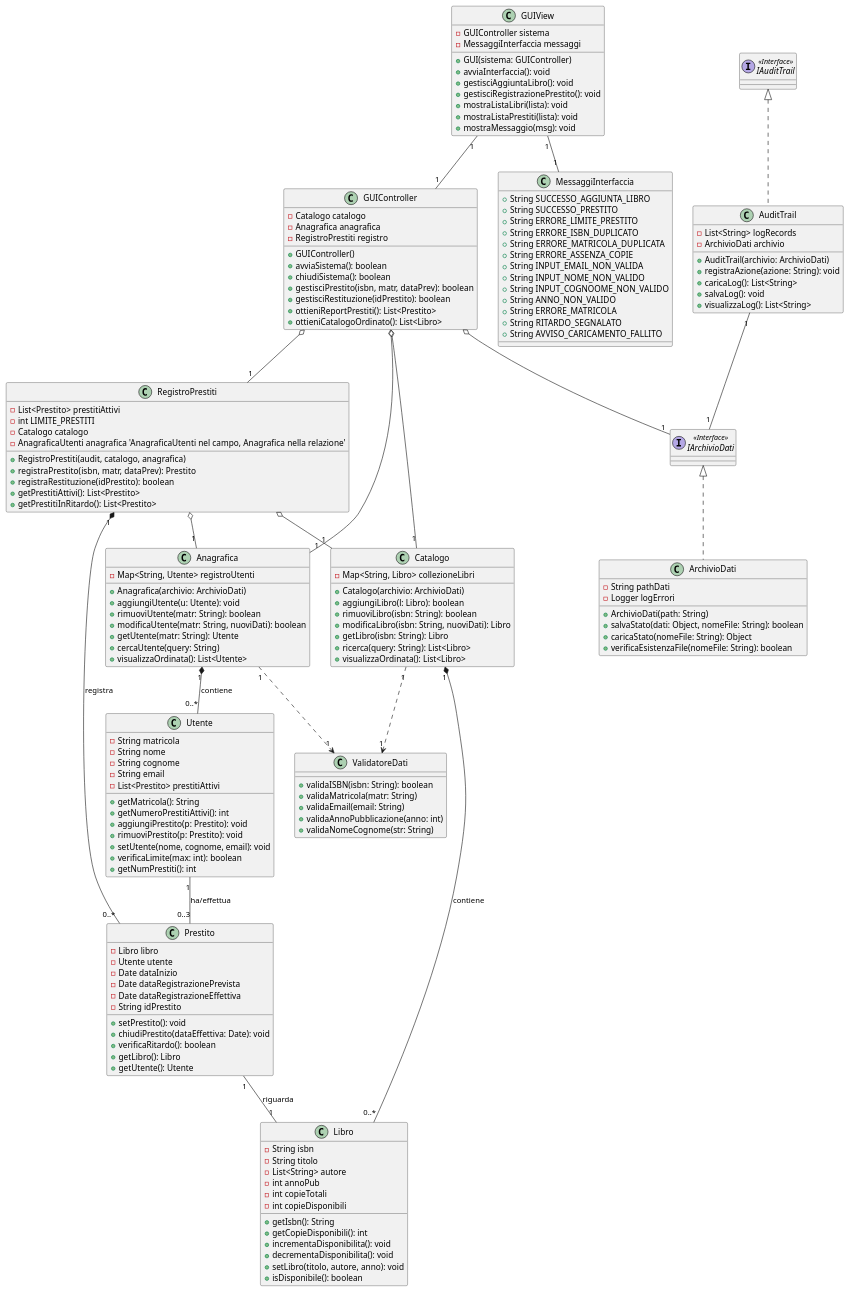
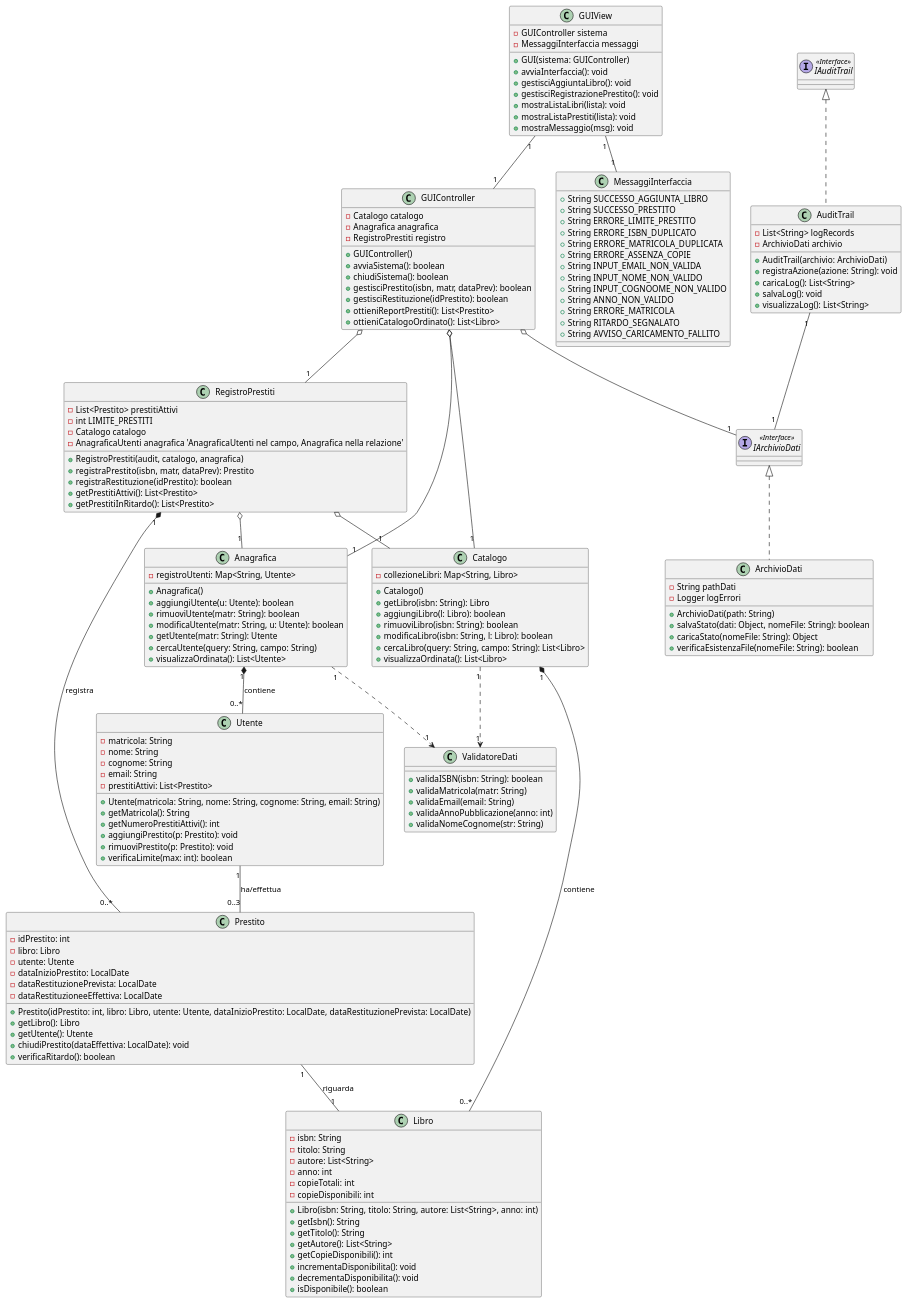
Before and after one commit to c-dilieto4/Progetto-Biblioteca: the diagram in Biblioteca/src/main/UML Class Diagram/Class Diagram.puml, drawn with PlantUML.

Commit message:
Uml updated

```diff
--- a/Biblioteca/src/main/UML Class Diagram/Class Diagram.puml
+++ b/Biblioteca/src/main/UML Class Diagram/Class Diagram.puml
@@ -1,188 +1,189 @@
 @startuml
 ' Definizioni delle Classi
 class Libro {
-  -String isbn
-  -String titolo
-  -List<String> autore
-  -int annoPub
-  -int copieTotali
-  -int copieDisponibili
+  -isbn: String 
+  -titolo: String 
+  -autore: List<String> 
+  -anno: int 
+  -copieTotali: int 
+  -copieDisponibili: int 
+  +Libro(isbn: String, titolo: String, autore: List<String>, anno: int)
   +getIsbn(): String
+  +getTitolo(): String
+  +getAutore(): List<String>
   +getCopieDisponibili(): int
   +incrementaDisponibilita(): void
   +decrementaDisponibilita(): void
-  +setLibro(titolo, autore, anno): void
   +isDisponibile(): boolean
 }
 
 class Utente {
-  -String matricola
-  -String nome
-  -String cognome
-  -String email
-  -List<Prestito> prestitiAttivi
+  -matricola: String 
+  -nome: String 
+  -cognome: String 
+  -email: String 
+  -prestitiAttivi: List<Prestito> 
+  +Utente(matricola: String, nome: String, cognome: String, email: String)
   +getMatricola(): String
   +getNumeroPrestitiAttivi(): int
   +aggiungiPrestito(p: Prestito): void
   +rimuoviPrestito(p: Prestito): void
-  +setUtente(nome, cognome, email): void
   +verificaLimite(max: int): boolean
-  +getNumPrestiti(): int
 }
 
 class Prestito {
-  -Libro libro
-  -Utente utente
-  -Date dataInizio
-  -Date dataRegistrazionePrevista
-  -Date dataRegistrazioneEffettiva
-  -String idPrestito
-  +setPrestito(): void
-  +chiudiPrestito(dataEffettiva: Date): void
-  +verificaRitardo(): boolean
+  -idPrestito: int
+  -libro: Libro 
+  -utente: Utente 
+  -dataInizioPrestito: LocalDate 
+  -dataRestituzionePrevista: LocalDate 
+  -dataRestituzioneeEffettiva: LocalDate 
+  +Prestito(idPrestito: int, libro: Libro, utente: Utente, dataInizioPrestito: LocalDate, dataRestituzionePrevista: LocalDate)
   +getLibro(): Libro
   +getUtente(): Utente
+  +chiudiPrestito(dataEffettiva: LocalDate): void
+  +verificaRitardo(): boolean
 }
 
 class Catalogo {
-  -Map<String, Libro> collezioneLibri
-  +Catalogo(archivio: ArchivioDati)
+  -collezioneLibri: Map<String, Libro> 
+  +Catalogo()
+  +getLibro(isbn: String): Libro
   +aggiungiLibro(l: Libro): boolean
   +rimuoviLibro(isbn: String): boolean
-  +modificaLibro(isbn: String, nuoviDati): Libro
-  +getLibro(isbn: String): Libro
-  +ricerca(query: String): List<Libro>
+  +modificaLibro(isbn: String, l: Libro): boolean
+  +cercaLibro(query: String, campo: String): List<Libro>
   +visualizzaOrdinata(): List<Libro>
 }
 
 class Anagrafica {
-  -Map<String, Utente> registroUtenti
-  +Anagrafica(archivio: ArchivioDati)
-  +aggiungiUtente(u: Utente): void
+  -registroUtenti: Map<String, Utente> 
+  +Anagrafica()
+  +aggiungiUtente(u: Utente): boolean
   +rimuoviUtente(matr: String): boolean
-  +modificaUtente(matr: String, nuoviDati): boolean
+  +modificaUtente(matr: String, u: Utente): boolean
   +getUtente(matr: String): Utente
-  +cercaUtente(query: String)
+  +cercaUtente(query: String, campo: String)
   +visualizzaOrdinata(): List<Utente>
 }
 
 class RegistroPrestiti {
   -List<Prestito> prestitiAttivi
   -int LIMITE_PRESTITI
   -Catalogo catalogo
   -AnagraficaUtenti anagrafica 'AnagraficaUtenti nel campo, Anagrafica nella relazione'
   +RegistroPrestiti(audit, catalogo, anagrafica)
   +registraPrestito(isbn, matr, dataPrev): Prestito
   +registraRestituzione(idPrestito): boolean
   +getPrestitiAttivi(): List<Prestito>
   +getPrestitiInRitardo(): List<Prestito>
 }
 
 class GUIController {
   -Catalogo catalogo
   -Anagrafica anagrafica
   -RegistroPrestiti registro
   +GUIController()
   +avviaSistema(): boolean
   +chiudiSistema(): boolean
   +gestisciPrestito(isbn, matr, dataPrev): boolean
   +gestisciRestituzione(idPrestito): boolean
   +ottieniReportPrestiti(): List<Prestito>
   +ottieniCatalogoOrdinato(): List<Libro>
 }
 
 class AuditTrail {
   -List<String> logRecords
   -ArchivioDati archivio
   +AuditTrail(archivio: ArchivioDati)
   +registraAzione(azione: String): void
   +caricaLog(): List<String>
   +salvaLog(): void
   +visualizzaLog(): List<String>
 }
 
 class ArchivioDati {
   -String pathDati
   -Logger logErrori
   +ArchivioDati(path: String)
   +salvaStato(dati: Object, nomeFile: String): boolean
   +caricaStato(nomeFile: String): Object
   +verificaEsistenzaFile(nomeFile: String): boolean
 }
 
 class ValidatoreDati {
   +validaISBN(isbn: String): boolean
   +validaMatricola(matr: String)
   +validaEmail(email: String)
   +validaAnnoPubblicazione(anno: int)
   +validaNomeCognome(str: String)
 }
 
 class GUIView {
   -GUIController sistema
   -MessaggiInterfaccia messaggi
   +GUI(sistema: GUIController)
   +avviaInterfaccia(): void
   +gestisciAggiuntaLibro(): void
   +gestisciRegistrazionePrestito(): void
   +mostraListaLibri(lista): void
   +mostraListaPrestiti(lista): void
   +mostraMessaggio(msg): void
 }
 
 class MessaggiInterfaccia {
   +String SUCCESSO_AGGIUNTA_LIBRO
   +String SUCCESSO_PRESTITO
   +String ERRORE_LIMITE_PRESTITO
   +String ERRORE_ISBN_DUPLICATO
   +String ERRORE_MATRICOLA_DUPLICATA
   +String ERRORE_ASSENZA_COPIE
   +String INPUT_EMAIL_NON_VALIDA
   +String INPUT_NOME_NON_VALIDO
   +String INPUT_COGNOOME_NON_VALIDO
   +String ANNO_NON_VALIDO
   +String ERRORE_MATRICOLA
   +String RITARDO_SEGNALATO
   +String AVVISO_CARICAMENTO_FALLITO
 }
 
 ' Interfacce (come da tue specifiche)
 interface IAuditTrail <<Interface>>
 interface IArchivioDati <<Interface>>
 
 ' Correzione dei nomi delle classi che implementano le interfacce per evitare ambiguità
 AuditTrail .up.|> IAuditTrail
 ArchivioDati .up.|> IArchivioDati
 
 ' Correzione delle Relazioni
 ' Composizione
 Catalogo "1" *-- "0..*" Libro : contiene
 Anagrafica "1" *-- "0..*" Utente : contiene
 RegistroPrestiti "1" *-- "0..*" Prestito : registra
 
 ' Associazione (Utente-Prestito)
 Prestito "1" -- "1" Libro : riguarda
 Utente "1" -- "0..3" Prestito : ha/effettua
 
 ' Aggregazione (GUIController usa i componenti principali)
 GUIController o-- "1" Catalogo
 GUIController o-- "1" Anagrafica
 GUIController o-- "1" RegistroPrestiti
 
 ' Aggregazione (RegistroPrestiti usa i cataloghi)
 RegistroPrestiti o-- "1" Catalogo
 RegistroPrestiti o-- "1" Anagrafica
 
 ' Dipendenza / Uso
 GUIController o-- "1" IArchivioDati
 AuditTrail "1" -- "1" IArchivioDati
 GUIView "1" -- "1" GUIController
 
 ' Dipendenza con il Validatore (Usa)
 Catalogo "1" ..> "1" ValidatoreDati
 Anagrafica "1" ..> "1" ValidatoreDati
 
 ' Associazione tra View e Messaggi
 GUIView "1" -- "1" MessaggiInterfaccia
 
 @enduml
```
